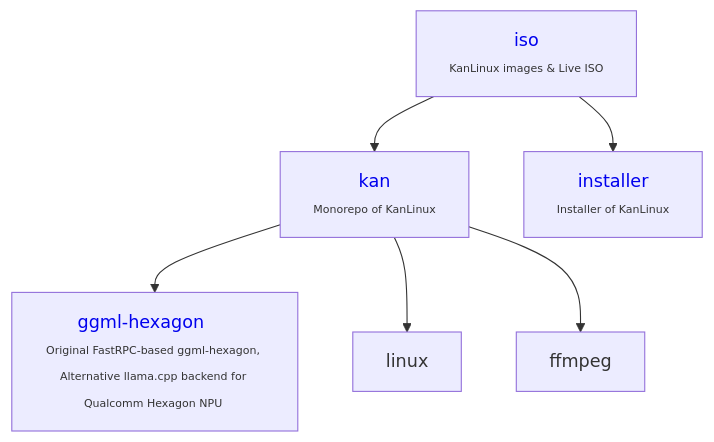
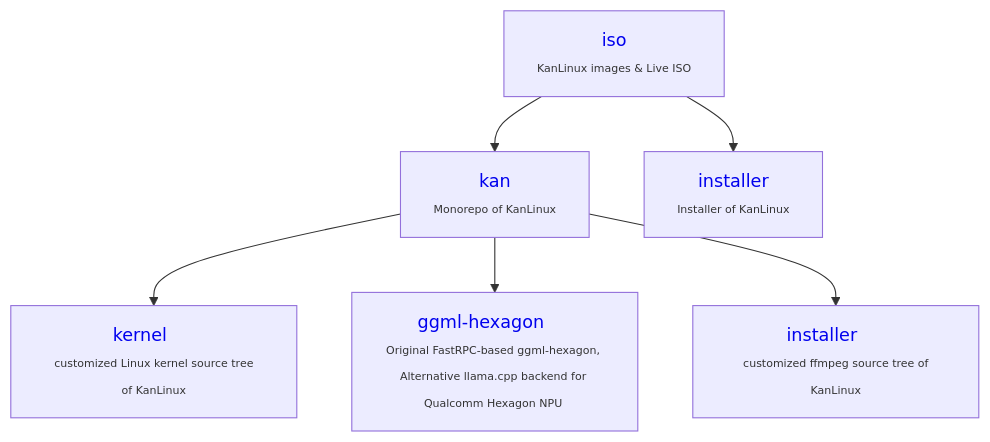
Before and after one commit to kan-linux/.github: the diagram in profile/README.md, drawn with Mermaid.

Commit message:
Add links and descriptions to README.md

````diff
--- a/profile/README.md
+++ b/profile/README.md
@@ -11,20 +11,30 @@
 ```mermaid
 
 graph TD;
 iso --> kan
 iso --> installer
+
+kan --> kernel
 kan --> ggml-hexagon
-kan --> linux
 kan --> ffmpeg
 
 
 
 iso[<a href="https://github.com/kan-linux/kan"                       style="text-decoration:none;">iso</a>            <br><span style="font-size:10px;">KanLinux images & Live ISO</span>];
 kan[<a href="https://github.com/kan-linux/kan"         style="text-decoration:none;">kan</a>     <br><span style="font-size:10px;">Monorepo of KanLinux</span>];
 
 installer[<a href="https://github.com/kan-linux/installer"         style="text-decoration:none;">installer</a>     <br><span style="font-size:10px;">Installer of KanLinux</span>];
 
 
+
+kernel[<a href="https://github.com/kan-linux/kernel"         style="text-decoration:none;">kernel</a>     <br><span style="font-size:10px;"> customized Linux kernel source tree of KanLinux</span>];
+
+
 ggml-hexagon[<a href="https://github.com/kan-linux/ggml-hexagon/discussions/84"         style="text-decoration:none;">ggml-hexagon</a>     <br><span style="font-size:10px;">Original FastRPC-based ggml-hexagon, Alternative llama.cpp backend for Qualcomm Hexagon NPU </span>];
 
+
+
+ffmpeg[<a href="https://github.com/kan-linux/ffmpeg"         style="text-decoration:none;">installer</a>     <br><span style="font-size:10px;"> customized ffmpeg source tree of KanLinux</span>];
+
+
 ```
````
